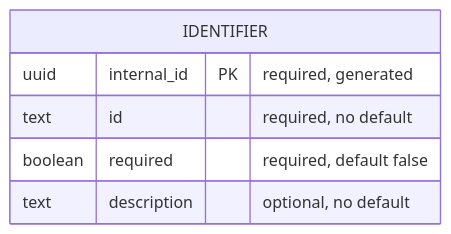
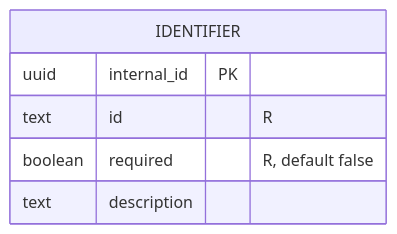
One commit to AlexandreGallais/synoptic-studio-spec changed the diagram in metadata/entities/01-identifier.md. Above: the diagram before and after it, drawn with Mermaid. The commit also changed other lines of this file and 1 other file, not shown here.

First line of the commit message:
docs(entities): keep only constraints in schemas and move context down

````diff
--- a/metadata/entities/01-identifier.md
+++ b/metadata/entities/01-identifier.md
@@ -11,9 +11,9 @@
 ```mermaid
 erDiagram
     IDENTIFIER {
-        uuid internal_id PK "required, generated"
-        text id "required, no default"
-        boolean required "required, default false"
-        text description "optional, no default"
+        uuid internal_id PK
+        text id "R"
+        boolean required "R, default false"
+        text description
     }
 ```
````
